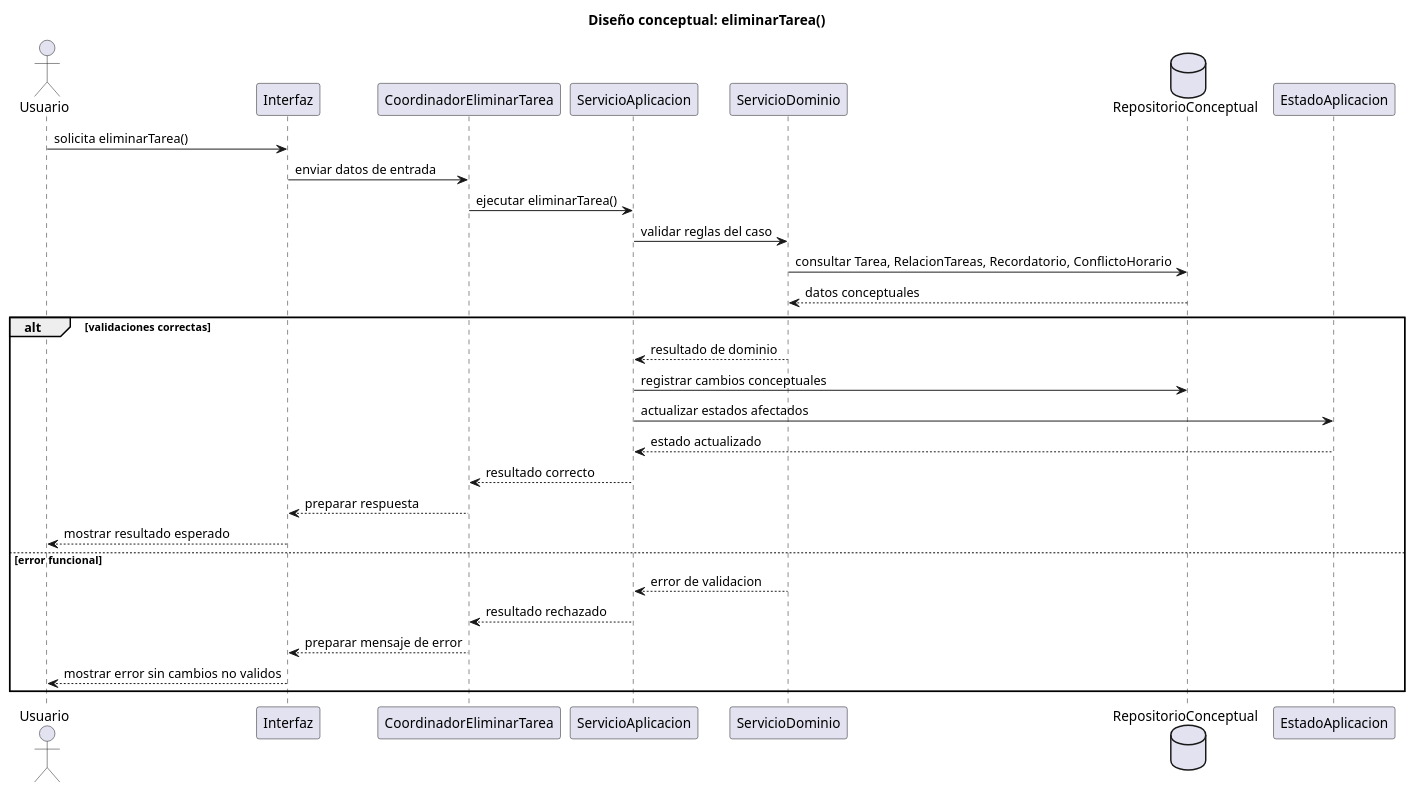
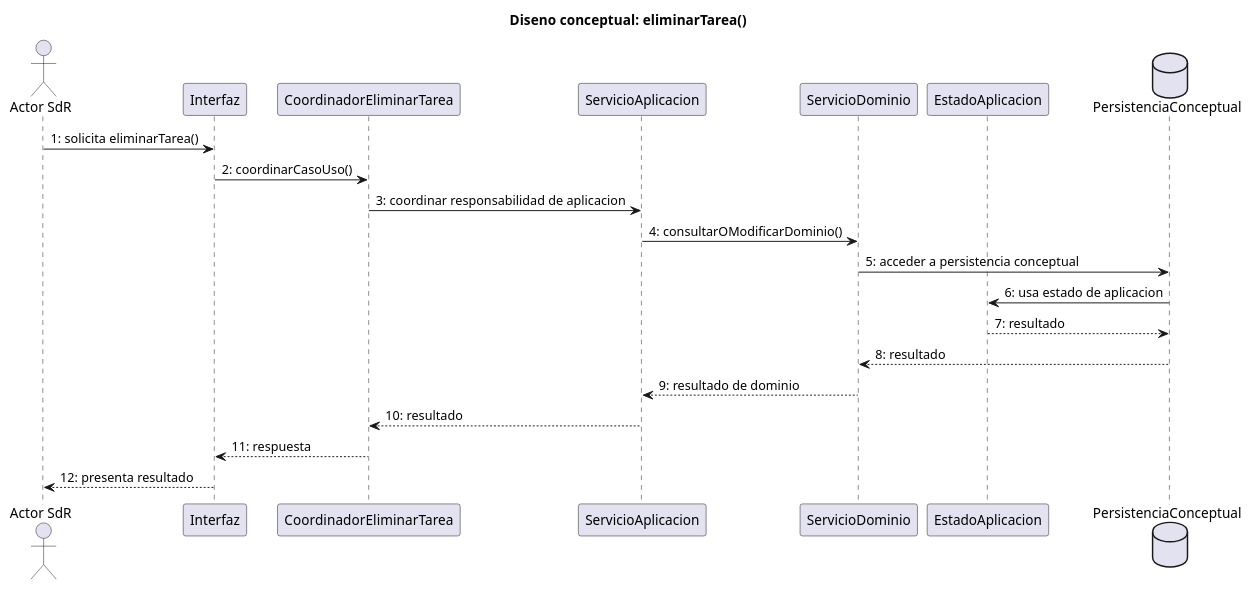
One commit to inigovaqueroo04/25-26-idsw2-sdVC changed the diagram in documents/RUP/02-diseño/casos-uso/gestion-tareas/eliminarTarea/README.md. Above: the diagram before and after it, drawn with PlantUML. The commit also changed other lines of this file and 24 other files, not shown here.

Commit message:
docs: validar trazabilidad integral de diseno

````diff
--- a/documents/RUP/02-diseño/casos-uso/gestion-tareas/eliminarTarea/README.md
+++ b/documents/RUP/02-diseño/casos-uso/gestion-tareas/eliminarTarea/README.md
@@ -86,36 +85,27 @@
 ```plantuml
 @startuml eliminarTarea-diseno-secuencia
-title Diseño conceptual: eliminarTarea()
+title Diseno conceptual: eliminarTarea()
 
-actor "Usuario" as Usuario
+actor "Actor SdR" as Actor
 participant "Interfaz" as Interfaz
 participant "CoordinadorEliminarTarea" as Coordinador
 participant "ServicioAplicacion" as ServicioAplicacion
 participant "ServicioDominio" as ServicioDominio
-database "RepositorioConceptual" as Repositorio
 participant "EstadoAplicacion" as EstadoAplicacion
+database "PersistenciaConceptual" as Persistencia
 
-Usuario -> Interfaz : solicita eliminarTarea()
-Interfaz -> Coordinador : enviar datos de entrada
-Coordinador -> ServicioAplicacion : ejecutar eliminarTarea()
-ServicioAplicacion -> ServicioDominio : validar reglas del caso
-ServicioDominio -> Repositorio : consultar Tarea, RelacionTareas, Recordatorio, ConflictoHorario
-Repositorio --> ServicioDominio : datos conceptuales
-
-alt validaciones correctas
-  ServicioDominio --> ServicioAplicacion : resultado de dominio
-  ServicioAplicacion -> Repositorio : registrar cambios conceptuales
-  ServicioAplicacion -> EstadoAplicacion : actualizar estados afectados
-  EstadoAplicacion --> ServicioAplicacion : estado actualizado
-  ServicioAplicacion --> Coordinador : resultado correcto
-  Coordinador --> Interfaz : preparar respuesta
-  Interfaz --> Usuario : mostrar resultado esperado
-else error funcional
-  ServicioDominio --> ServicioAplicacion : error de validacion
-  ServicioAplicacion --> Coordinador : resultado rechazado
-  Coordinador --> Interfaz : preparar mensaje de error
-  Interfaz --> Usuario : mostrar error sin cambios no validos
-end
+Actor -> Interfaz : 1: solicita eliminarTarea()
+Interfaz -> Coordinador : 2: coordinarCasoUso()
+Coordinador -> ServicioAplicacion : 3: coordinar responsabilidad de aplicacion
+ServicioAplicacion -> ServicioDominio : 4: consultarOModificarDominio()
+ServicioDominio -> Persistencia : 5: acceder a persistencia conceptual
+Persistencia -> EstadoAplicacion : 6: usa estado de aplicacion
+EstadoAplicacion --> Persistencia : 7: resultado
+Persistencia --> ServicioDominio : 8: resultado
+ServicioDominio --> ServicioAplicacion : 9: resultado de dominio
+ServicioAplicacion --> Coordinador : 10: resultado
+Coordinador --> Interfaz : 11: respuesta
+Interfaz --> Actor : 12: presenta resultado
 
 @enduml
 ```
````
